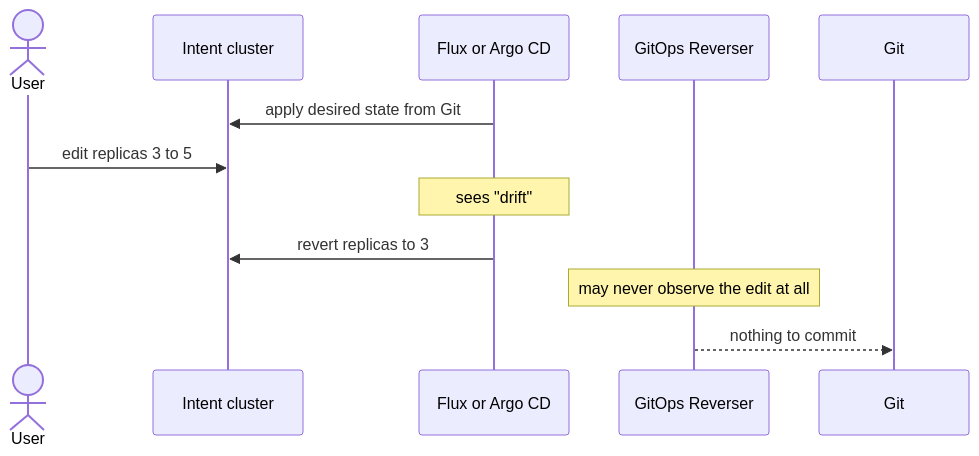
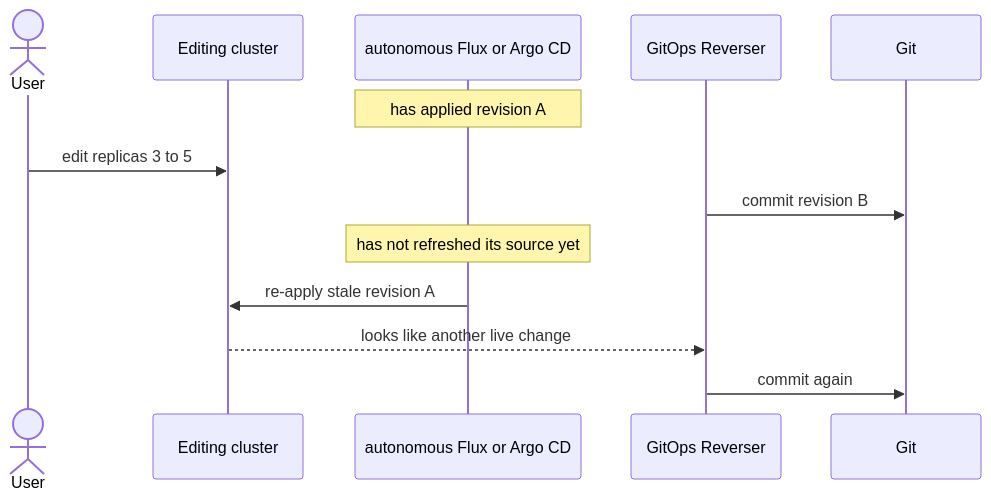
Before and after one commit to ConfigButler/gitops-reverser: the first of 3 diagrams in docs/design/gitops-api/intent-cluster-hydration.md, drawn with Mermaid. The commit also changed other lines of this file and 1 other file, not shown here.

````diff
--- a/docs/design/gitops-api/intent-cluster-hydration.md
+++ b/docs/design/gitops-api/intent-cluster-hydration.md
@@ -35,15 +39,16 @@
 ```mermaid
 sequenceDiagram
     actor User
-    participant K8s as Intent cluster
-    participant Recon as Flux or Argo CD
+    participant K8s as Editing cluster
+    participant Recon as autonomous Flux or Argo CD
     participant Rev as GitOps Reverser
     participant Git
 
-    Recon->>K8s: apply desired state from Git
+    Note over Recon: has applied revision A
     User->>K8s: edit replicas 3 to 5
-    Note over Recon: sees "drift"
-    Recon->>K8s: revert replicas to 3
-    Note over Rev: may never observe the edit at all
-    Rev-->>Git: nothing to commit
+    Rev->>Git: commit revision B
+    Note over Recon: has not refreshed its source yet
+    Recon->>K8s: re-apply stale revision A
+    K8s-->>Rev: looks like another live change
+    Rev->>Git: commit again
 ```
````
